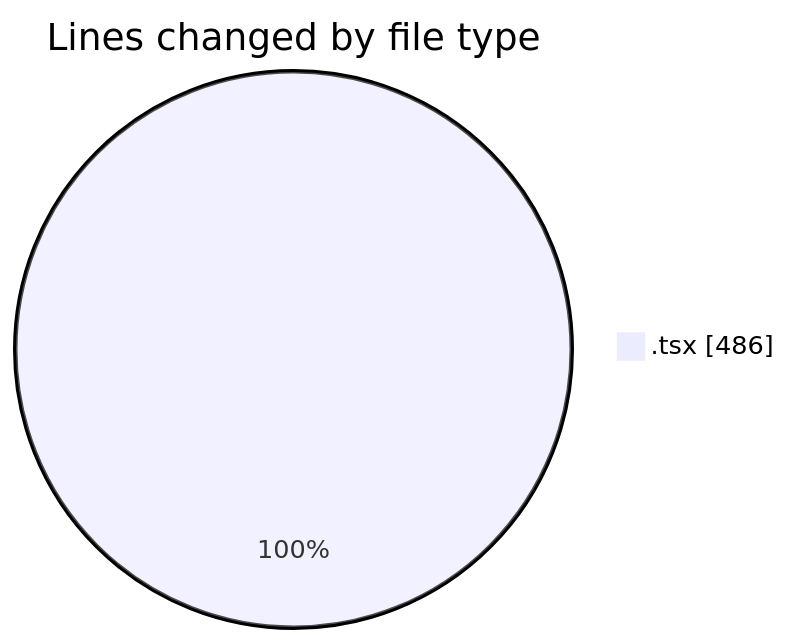
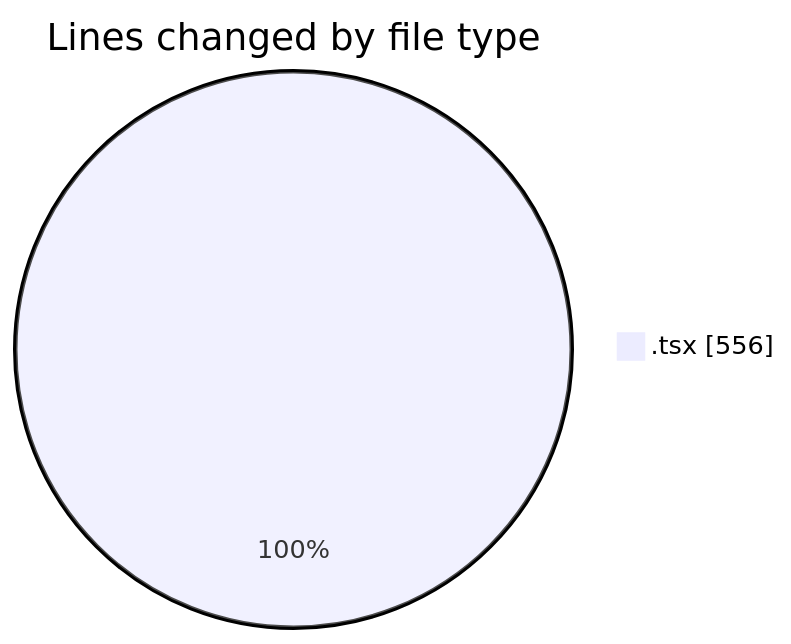
One commit to nxtqubesakshisongat/code-tracking changed the first of 2 diagrams in 2026-02-17/nxtqube_webapp/README.md. Above: the diagram before and after it, drawn with Mermaid. The commit also changed other lines of this file and 1 other file, not shown here.

````diff
--- a/2026-02-17/nxtqube_webapp/README.md
+++ b/2026-02-17/nxtqube_webapp/README.md
@@ -22,5 +22,5 @@
 ```mermaid
 pie showData
 title Lines changed by file type
-".tsx" : 486
+".tsx" : 556
 ```
````
